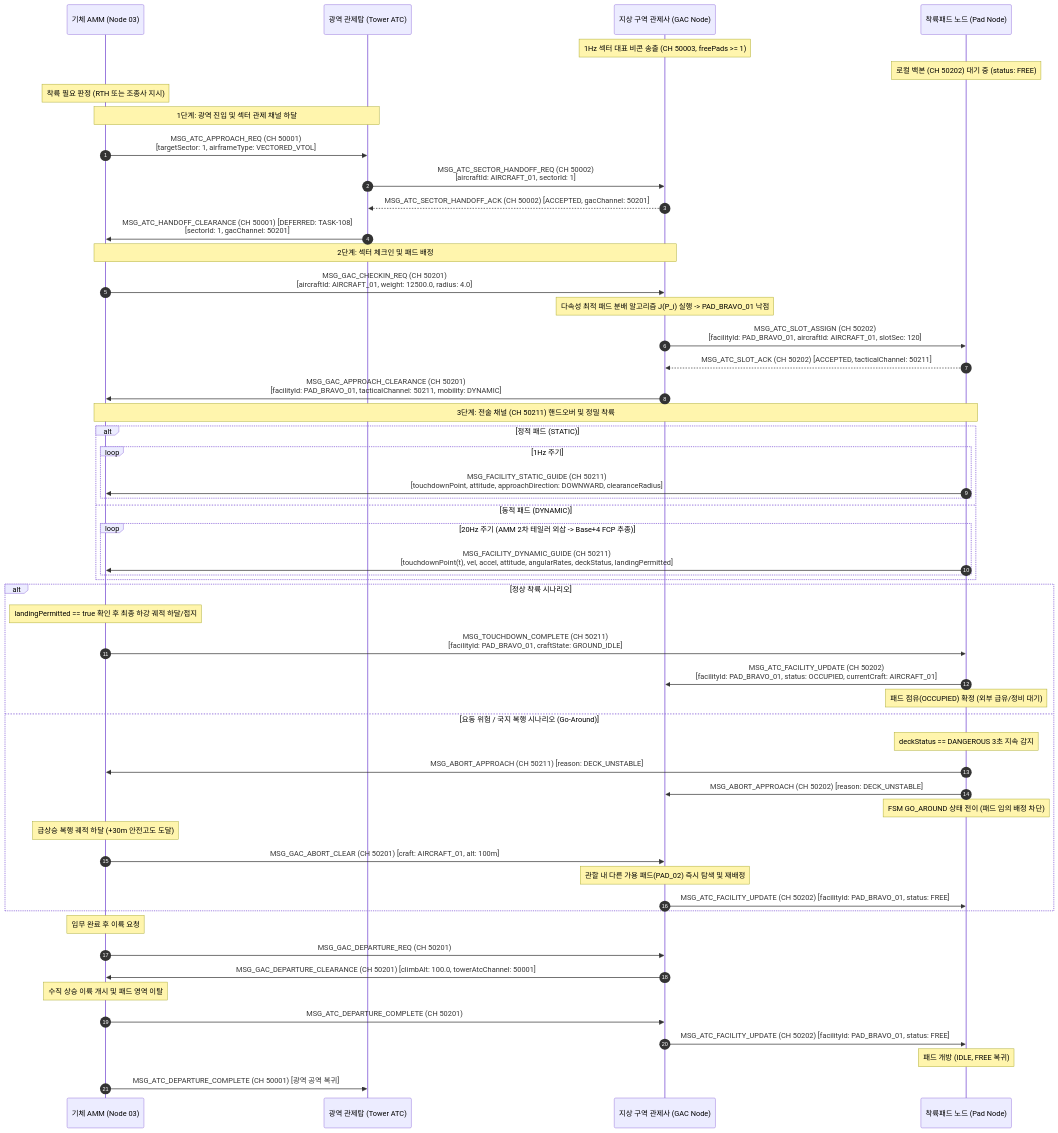
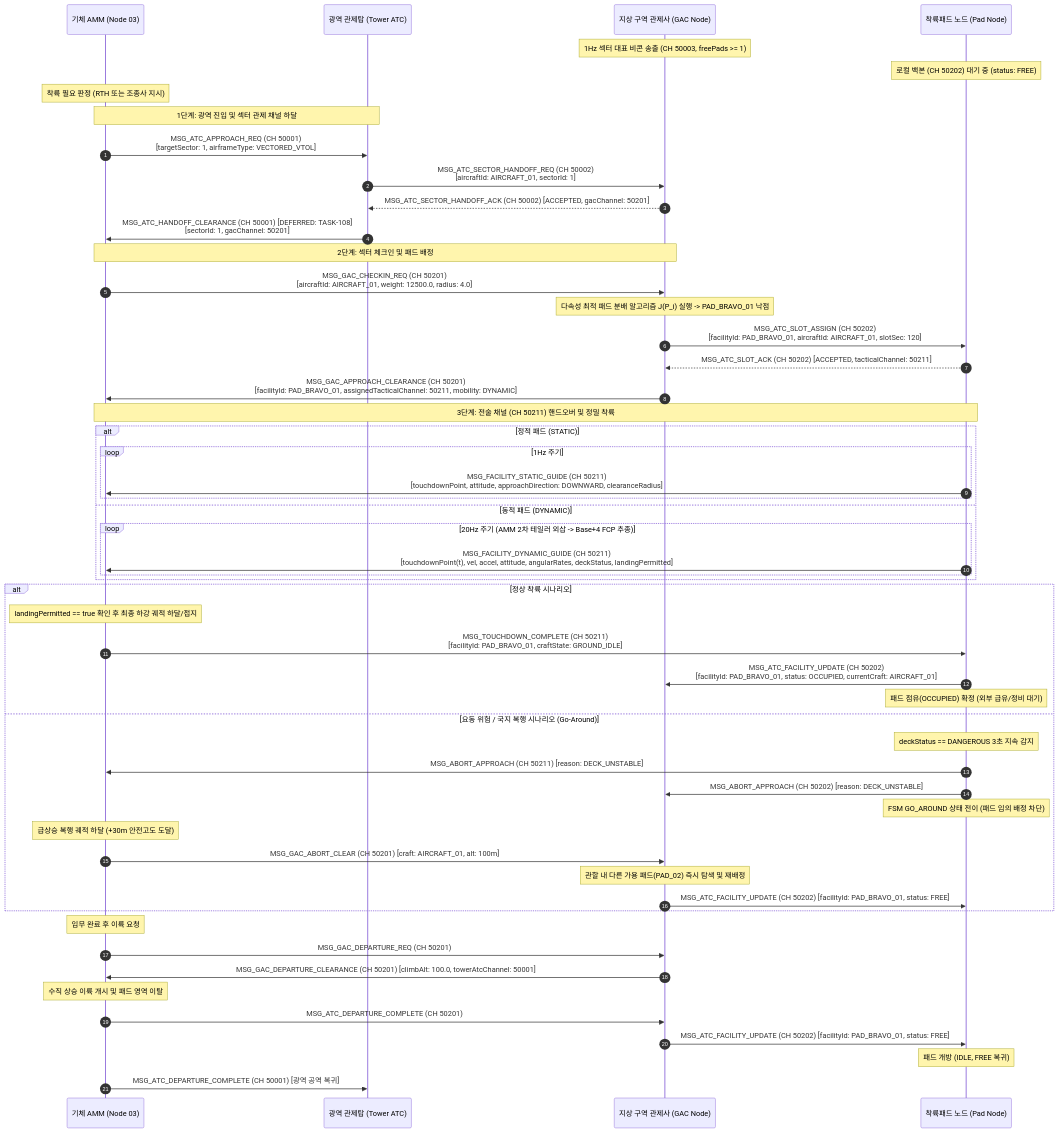
The third of 4 diagrams in docs/specs/0_infra/landing_pad/LANDING_PAD_SPECIFICATION_AND_ICD.md (Polimachi/Aeroneutics_Autopilot), drawn with Mermaid before and after one commit. The commit also changed 12 other files, not shown here.

````diff
--- a/docs/specs/0_infra/landing_pad/LANDING_PAD_SPECIFICATION_AND_ICD.md
+++ b/docs/specs/0_infra/landing_pad/LANDING_PAD_SPECIFICATION_AND_ICD.md
@@ -473,62 +473,62 @@
 ```mermaid
 sequenceDiagram
     autonumber
     participant A as 기체 AMM (Node 03)
     participant ATC as 광역 관제탑 (Tower ATC)
     participant GAC as 지상 구역 관제사 (GAC Node)
     participant P as 착륙패드 노드 (Pad Node)
 
     Note over GAC: 1Hz 섹터 대표 비콘 송출 (CH 50003, freePads >= 1)
     Note over P: 로컬 백본 (CH 50202) 대기 중 (status: FREE)
     Note over A: 착륙 필요 판정 (RTH 또는 조종사 지시)
     
     Note over A,ATC: 1단계: 광역 진입 및 섹터 관제 채널 하달
     A->>ATC: MSG_ATC_APPROACH_REQ (CH 50001)<br/>[targetSector: 1, airframeType: VECTORED_VTOL]
     ATC->>GAC: MSG_ATC_SECTOR_HANDOFF_REQ (CH 50002)<br/>[aircraftId: AIRCRAFT_01, sectorId: 1]
     GAC-->>ATC: MSG_ATC_SECTOR_HANDOFF_ACK (CH 50002) [ACCEPTED, gacChannel: 50201]
     ATC->>A: MSG_ATC_HANDOFF_CLEARANCE (CH 50001) [DEFERRED: TASK-108]<br/>[sectorId: 1, gacChannel: 50201]
 
     Note over A,GAC: 2단계: 섹터 체크인 및 패드 배정
     A->>GAC: MSG_GAC_CHECKIN_REQ (CH 50201)<br/>[aircraftId: AIRCRAFT_01, weight: 12500.0, radius: 4.0]
     Note over GAC: 다속성 최적 패드 분배 알고리즘 J(P_i) 실행 -> PAD_BRAVO_01 낙점
     GAC->>P: MSG_ATC_SLOT_ASSIGN (CH 50202)<br/>[facilityId: PAD_BRAVO_01, aircraftId: AIRCRAFT_01, slotSec: 120]
     P-->>GAC: MSG_ATC_SLOT_ACK (CH 50202) [ACCEPTED, tacticalChannel: 50211]
-    GAC->>A: MSG_GAC_APPROACH_CLEARANCE (CH 50201)<br/>[facilityId: PAD_BRAVO_01, tacticalChannel: 50211, mobility: DYNAMIC]
+    GAC->>A: MSG_GAC_APPROACH_CLEARANCE (CH 50201)<br/>[facilityId: PAD_BRAVO_01, assignedTacticalChannel: 50211, mobility: DYNAMIC]
 
     Note over A,P: 3단계: 전술 채널 (CH 50211) 핸드오버 및 정밀 착륙
     alt 정적 패드 (STATIC)
         loop 1Hz 주기
             P->>A: MSG_FACILITY_STATIC_GUIDE (CH 50211)<br/>[touchdownPoint, attitude, approachDirection: DOWNWARD, clearanceRadius]
         end
     else 동적 패드 (DYNAMIC)
         loop 20Hz 주기 (AMM 2차 테일러 외삽 -> Base+4 FCP 추종)
             P->>A: MSG_FACILITY_DYNAMIC_GUIDE (CH 50211)<br/>[touchdownPoint(t), vel, accel, attitude, angularRates, deckStatus, landingPermitted]
         end
     end
 
     alt 정상 착륙 시나리오
         Note over A: landingPermitted == true 확인 후 최종 하강 궤적 하달/접지
         A->>P: MSG_TOUCHDOWN_COMPLETE (CH 50211)<br/>[facilityId: PAD_BRAVO_01, craftState: GROUND_IDLE]
         P->>GAC: MSG_ATC_FACILITY_UPDATE (CH 50202)<br/>[facilityId: PAD_BRAVO_01, status: OCCUPIED, currentCraft: AIRCRAFT_01]
         Note over P: 패드 점유(OCCUPIED) 확정 (외부 급유/정비 대기)
     else 요동 위험 / 국지 복행 시나리오 (Go-Around)
         Note over P: deckStatus == DANGEROUS 3초 지속 감지
         P->>A: MSG_ABORT_APPROACH (CH 50211) [reason: DECK_UNSTABLE]
         P->>GAC: MSG_ABORT_APPROACH (CH 50202) [reason: DECK_UNSTABLE]
         Note over P: FSM GO_AROUND 상태 전이 (패드 임의 배정 차단)
         Note over A: 급상승 복행 궤적 하달 (+30m 안전고도 도달)
         A->>GAC: MSG_GAC_ABORT_CLEAR (CH 50201) [craft: AIRCRAFT_01, alt: 100m]
         Note over GAC: 관할 내 다른 가용 패드(PAD_02) 즉시 탐색 및 재배정
         GAC->>P: MSG_ATC_FACILITY_UPDATE (CH 50202) [facilityId: PAD_BRAVO_01, status: FREE]
     end
 
     Note over A: 임무 완료 후 이륙 요청
     A->>GAC: MSG_GAC_DEPARTURE_REQ (CH 50201)
     GAC->>A: MSG_GAC_DEPARTURE_CLEARANCE (CH 50201) [climbAlt: 100.0, towerAtcChannel: 50001]
     
     Note over A: 수직 상승 이륙 개시 및 패드 영역 이탈
     A->>GAC: MSG_ATC_DEPARTURE_COMPLETE (CH 50201)
     GAC->>P: MSG_ATC_FACILITY_UPDATE (CH 50202) [facilityId: PAD_BRAVO_01, status: FREE]
     Note over P: 패드 개방 (IDLE, FREE 복귀)
     A->>ATC: MSG_ATC_DEPARTURE_COMPLETE (CH 50001) [광역 공역 복귀]
 ```
````
